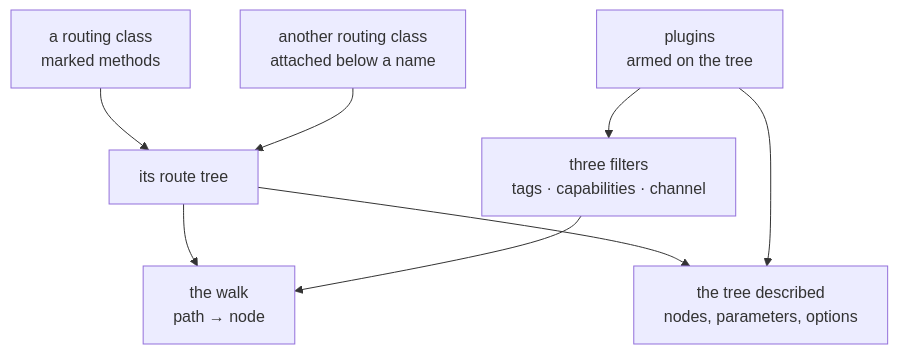
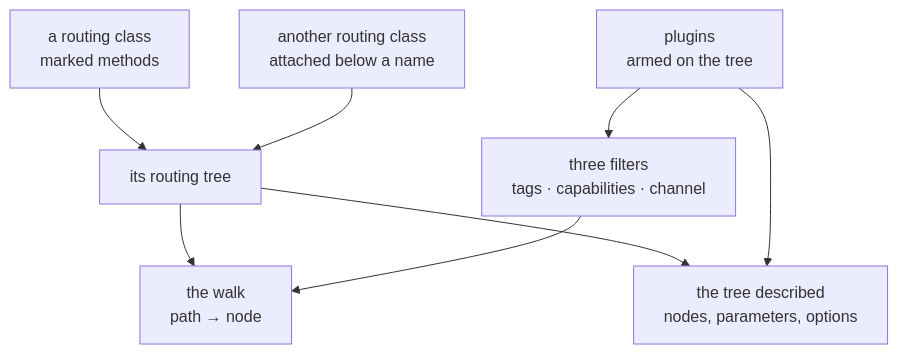
The diagram in internals/10_server/025_routing-system/design.md (genropy/genro-asgi), drawn with Mermaid before and after one commit. The commit also changed other lines of this file and 24 other files, not shown here.

````diff
--- a/internals/10_server/025_routing-system/design.md
+++ b/internals/10_server/025_routing-system/design.md
@@ -44,10 +44,10 @@
 ```mermaid
 flowchart TB
-    CLS["a routing class<br/>marked methods"] --> TREE["its route tree"]
+    CLS["a routing class<br/>marked methods"] --> TREE["its routing tree"]
     SUB["another routing class<br/>attached below a name"] --> TREE
     TREE --> WALK["the walk<br/>path → node"]
     F["three filters<br/>tags · capabilities · channel"] --> WALK
     TREE --> DESC["the tree described<br/>nodes, parameters, options"]
     PLUG["plugins<br/>armed on the tree"] --> F
     PLUG --> DESC
 ```
````
